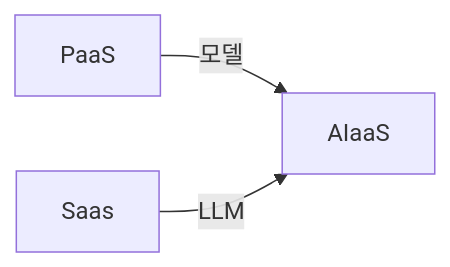
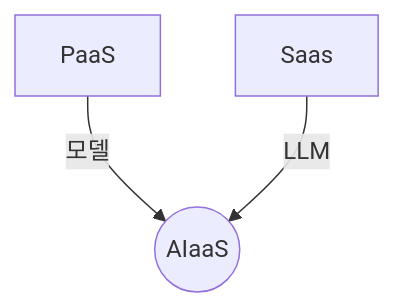
Before and after one commit to gracefullight/gracefullight.github.io: the first of 2 diagrams in blog/pe/conv/aiaas.md, drawn with Mermaid.

Commit message:
docs(pe): 📚️ aiaas

````diff
--- a/blog/pe/conv/aiaas.md
+++ b/blog/pe/conv/aiaas.md
@@ -13,5 +13,5 @@
 ```mermaid
-graph LR
-  PaaS --> |모델| AIaaS
+graph TB
+  PaaS --> |모델| AIaaS((AIaaS))
   Saas --> |LLM| AIaaS
 ```
````
